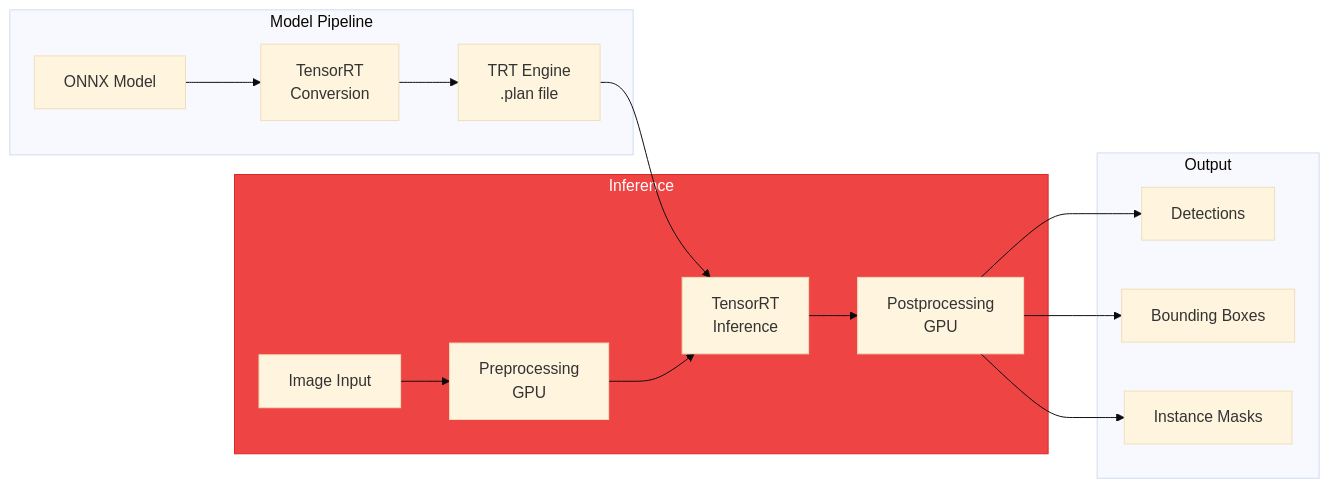
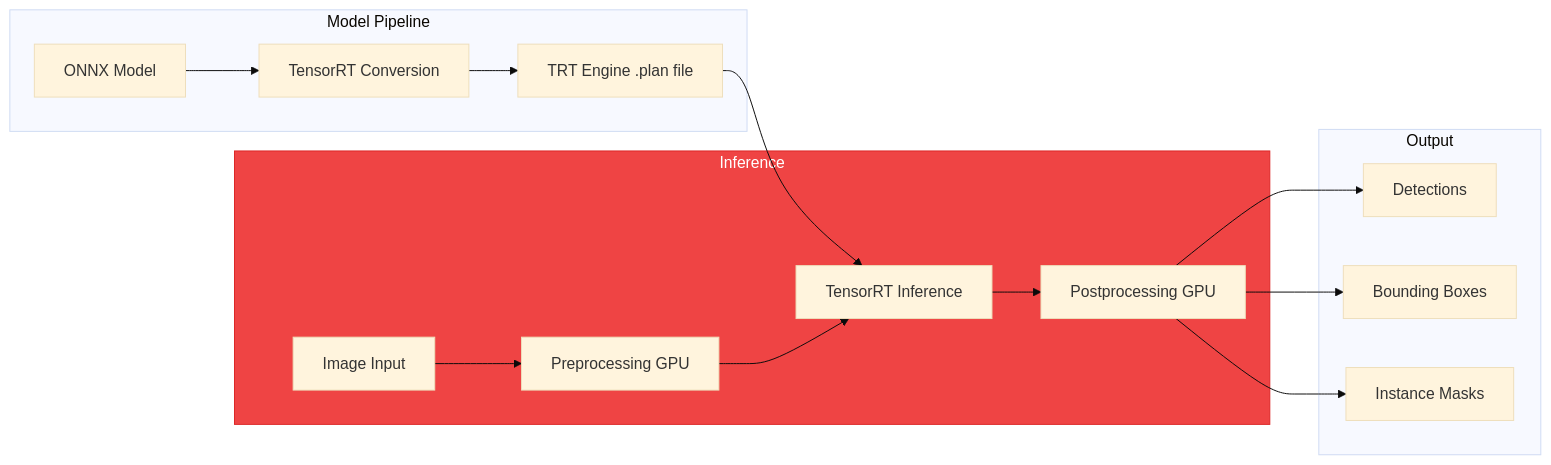
Before and after one commit to shakir-hussain1/physical-AI-and-humanoid-robotics-textbook-by-shakir-hussain: the fourth of 4 diagrams in docs/modules/module-3-isaac/chapter-11-perception.md, drawn with Mermaid (base theme). The commit also changed other lines of this file and 17 other files, not shown here.

Commit message:
fix: Remove br tags from Mermaid diagrams causing parse errors

````diff
--- a/docs/modules/module-3-isaac/chapter-11-perception.md
+++ b/docs/modules/module-3-isaac/chapter-11-perception.md
@@ -271,33 +271,33 @@
 ```mermaid
 flowchart LR
     subgraph Model["Model Pipeline"]
         ONNX[ONNX Model]
-        CONVERT[TensorRT<br/>Conversion]
-        ENGINE[TRT Engine<br/>.plan file]
+        CONVERT[TensorRT Conversion]
+        ENGINE[TRT Engine .plan file]
     end
 
     subgraph Runtime["Inference"]
         INPUT[Image Input]
-        PREPROC[Preprocessing<br/>GPU]
-        INFER[TensorRT<br/>Inference]
-        POSTPROC[Postprocessing<br/>GPU]
+        PREPROC[Preprocessing GPU]
+        INFER[TensorRT Inference]
+        POSTPROC[Postprocessing GPU]
     end
 
     subgraph Output["Output"]
         DETECT[Detections]
         BBOX[Bounding Boxes]
         MASK[Instance Masks]
     end
 
     ONNX --> CONVERT
     CONVERT --> ENGINE
     ENGINE --> INFER
     INPUT --> PREPROC
     PREPROC --> INFER
     INFER --> POSTPROC
     POSTPROC --> DETECT
     POSTPROC --> BBOX
     POSTPROC --> MASK
 
     style Runtime fill:#ef4444,stroke:#dc2626,color:#fff
 ```
````
